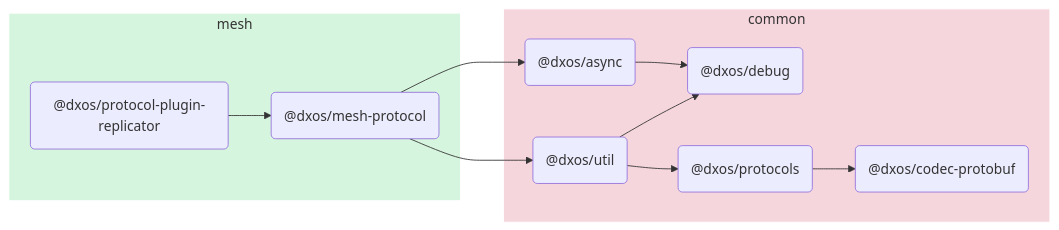
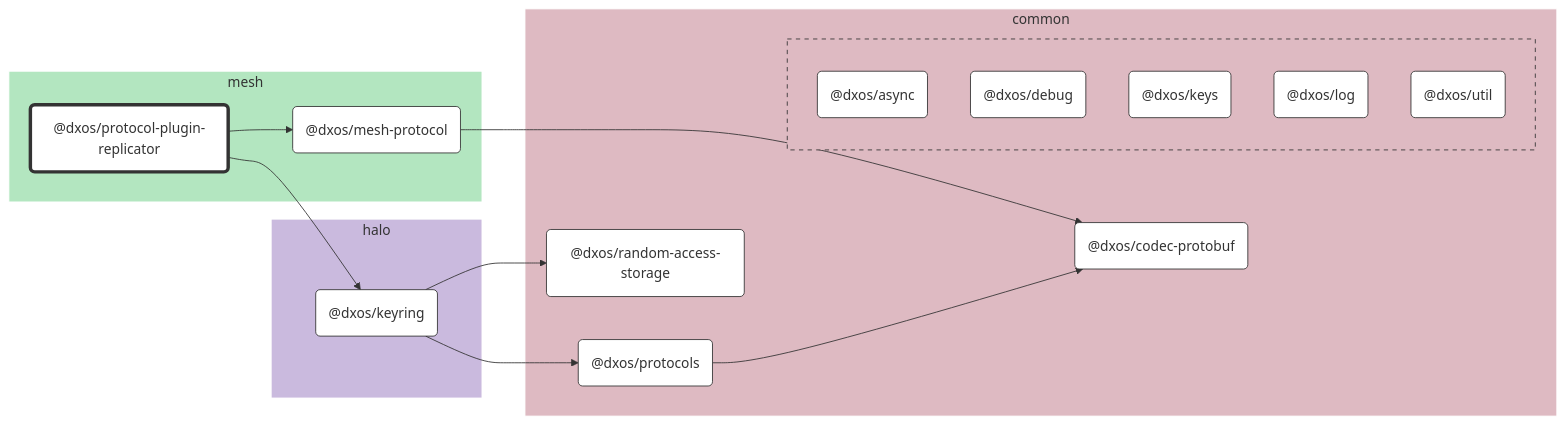
One commit to dxos/dxos changed the diagram in packages/mesh/protocol-plugin-replicator/docs/README.md. Above: the diagram before and after it, drawn with Mermaid. The commit also changed other lines of this file and 89 other files, not shown here.

````diff
--- a/packages/mesh/protocol-plugin-replicator/docs/README.md
+++ b/packages/mesh/protocol-plugin-replicator/docs/README.md
@@ -5,26 +7,76 @@
 ```mermaid
-flowchart LR;
+%%{ init: {'flowchart':{'curve':'basis'}} }%%
 
+flowchart LR
+
+%% Links
+dxos/keyring --> dxos/protocols;
+dxos/keyring --> dxos/random-access-storage;
+dxos/mesh-protocol --> dxos/codec-protobuf;
+dxos/protocol-plugin-replicator --> dxos/keyring;
+dxos/protocol-plugin-replicator --> dxos/mesh-protocol;
+dxos/protocols --> dxos/codec-protobuf;
+
+%% Sections
 subgraph mesh
-  style mesh fill:#d6f5de,stroke:#fff;
-  dxos/protocol-plugin-replicator("@dxos/protocol-plugin-replicator");
-  dxos/mesh-protocol("@dxos/mesh-protocol");
+  style mesh fill:#b3e6c0,stroke:#fff;
+
+  dxos/mesh-protocol("@dxos/mesh-protocol")
+  dxos/protocol-plugin-replicator("@dxos/protocol-plugin-replicator")
 end
 
 subgraph common
-  style common fill:#f5d6dd,stroke:#fff;
-  dxos/async("@dxos/async");
-  dxos/debug("@dxos/debug");
-  dxos/codec-protobuf("@dxos/codec-protobuf");
-  dxos/util("@dxos/util");
-  dxos/protocols("@dxos/protocols");
+  style common fill:#debac2,stroke:#fff;
+
+  dxos/codec-protobuf("@dxos/codec-protobuf")
+  dxos/protocols("@dxos/protocols")
+  dxos/random-access-storage("@dxos/random-access-storage")
+
+  subgraph common-excluded [ ]
+    style common-excluded fill:#debac2,stroke:#333,stroke-dasharray:5 5;
+
+    dxos/async("@dxos/async")
+    dxos/debug("@dxos/debug")
+    dxos/keys("@dxos/keys")
+    dxos/log("@dxos/log")
+    dxos/util("@dxos/util")
+  end
 end
 
-dxos/async --> dxos/debug;
-dxos/protocol-plugin-replicator --> dxos/mesh-protocol;
-dxos/mesh-protocol --> dxos/async;
-dxos/mesh-protocol --> dxos/util;
-dxos/util --> dxos/debug;
-dxos/util --> dxos/protocols;
-dxos/protocols --> dxos/codec-protobuf;
+subgraph halo
+  style halo fill:#cabade,stroke:#fff;
+
+  dxos/keyring("@dxos/keyring")
+end
+
+
+%% Hyperlinks
+click dxos/async "dxos/dxos/tree/main/packages/common/async/docs";
+click dxos/codec-protobuf "dxos/dxos/tree/main/packages/common/codec-protobuf/docs";
+click dxos/debug "dxos/dxos/tree/main/packages/common/debug/docs";
+click dxos/keyring "dxos/dxos/tree/main/packages/halo/keyring/docs";
+click dxos/keys "dxos/dxos/tree/main/packages/common/keys/docs";
+click dxos/log "dxos/dxos/tree/main/packages/common/log/docs";
+click dxos/mesh-protocol "dxos/dxos/tree/main/packages/mesh/mesh-protocol/docs";
+click dxos/protocols "dxos/dxos/tree/main/packages/common/protocols/docs";
+click dxos/random-access-storage "dxos/dxos/tree/main/packages/common/random-access-storage/docs";
+click dxos/util "dxos/dxos/tree/main/packages/common/util/docs";
+
+%% Styles
+classDef rootNode fill:#fff,stroke:#333,stroke-width:4px
+classDef defaultNode fill:#fff,stroke:#333,stroke-width:1px
+linkStyle default stroke:#333,stroke-width:1px
+
+dxos/protocol-plugin-replicator:::rootNode
+
+dxos/async:::defaultNode
+dxos/codec-protobuf:::defaultNode
+dxos/debug:::defaultNode
+dxos/keyring:::defaultNode
+dxos/keys:::defaultNode
+dxos/log:::defaultNode
+dxos/mesh-protocol:::defaultNode
+dxos/protocols:::defaultNode
+dxos/random-access-storage:::defaultNode
+dxos/util:::defaultNode
 ```
````
